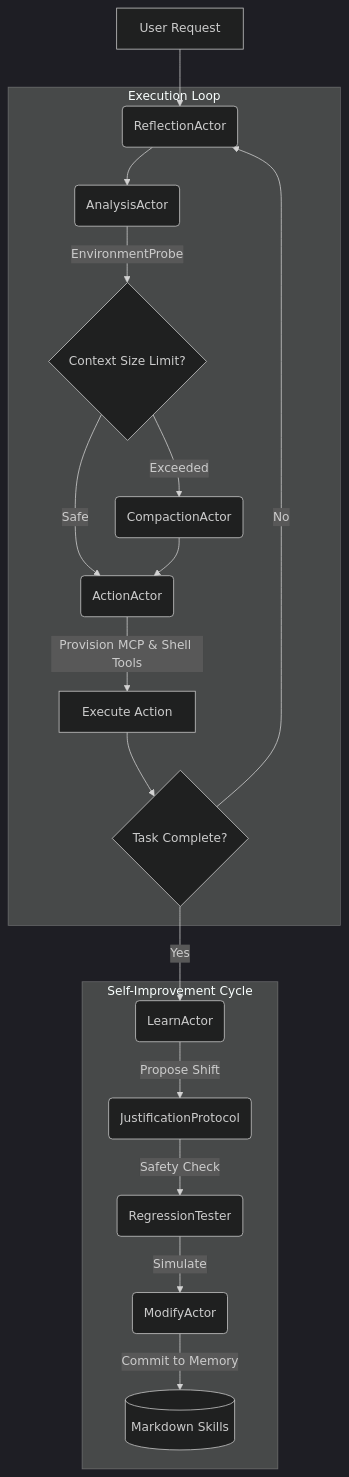
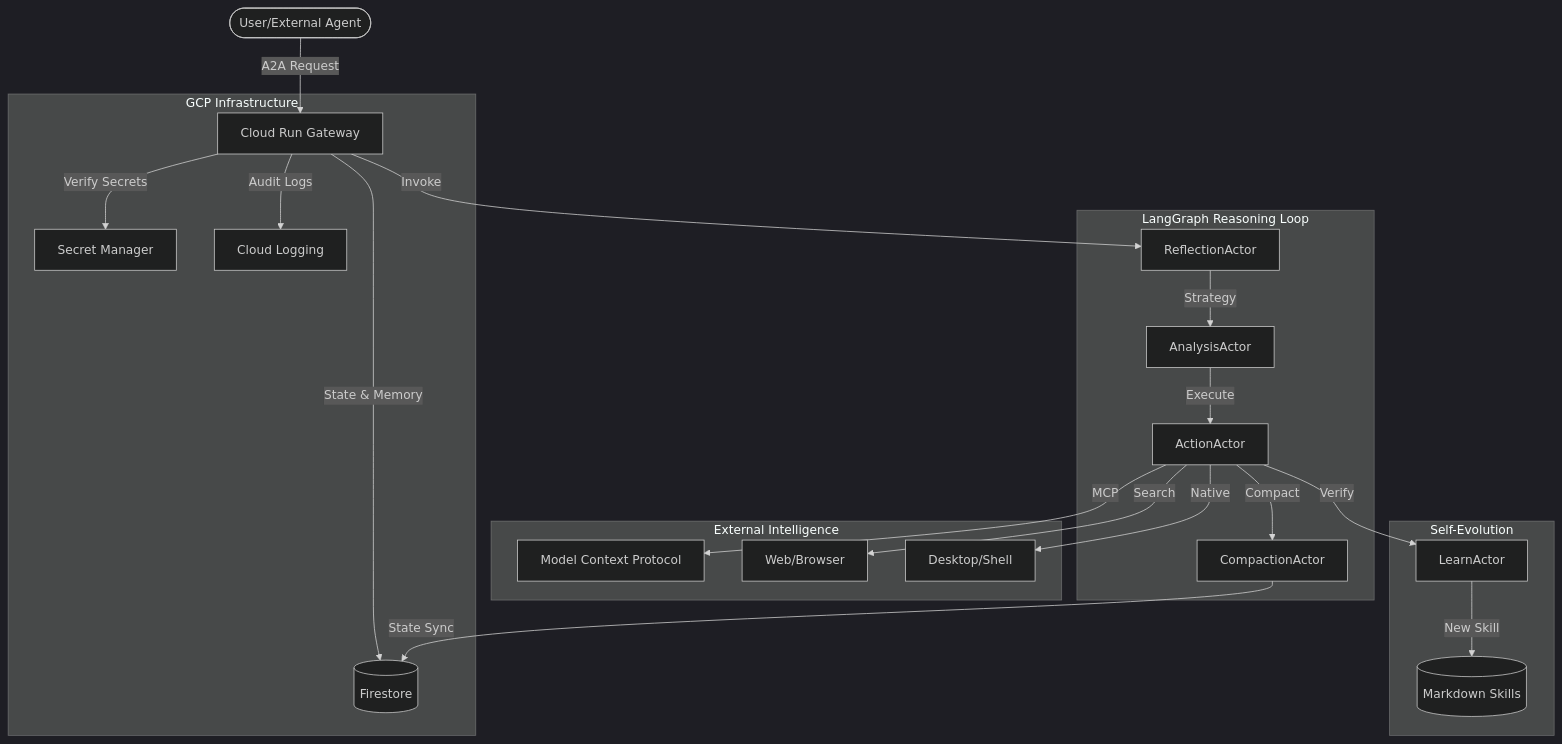
One commit to VectorZen217/MidpointX changed the diagram in README.md. Above: the diagram before and after it, drawn with Mermaid (dark theme). The commit also changed other lines of this file and 3 other files, not shown here.

Commit message:
docs: Overhaul README and CAPABILITIES for GCP-ready Sovereign Cloud Gateway rebranding

````diff
--- a/README.md
+++ b/README.md
@@ -17,23 +17,29 @@
 ```mermaid
 graph TD
-    A[User Request] --> B(ReflectionActor)
-    B --> C(AnalysisActor)
+    User([User/External Agent]) -->|A2A Request| Gateway[Cloud Run Gateway]
     
-    subgraph Execution Loop
-        C -->|EnvironmentProbe| D{Context Size Limit?}
-        D -- Exceeded --> E(CompactionActor)
-        D -- Safe --> F(ActionActor)
-        E --> F
-        F -->|Provision MCP & Shell Tools| G[Execute Action]
-        G --> H{Task Complete?}
-        H -- No --> B
+    subgraph GCP Infrastructure
+        Gateway -->|Verify Secrets| SM[Secret Manager]
+        Gateway -->|Audit Logs| CL[Cloud Logging]
+        Gateway -->|State & Memory| FS[(Firestore)]
+    end
+
+    subgraph LangGraph Reasoning Loop
+        Gateway -->|Invoke| Reflect[ReflectionActor]
+        Reflect -->|Strategy| Analyze[AnalysisActor]
+        Analyze -->|Execute| Action[ActionActor]
+        Action -->|Compact| Compact[CompactionActor]
+        Compact -->|State Sync| FS
+    end
+
+    subgraph External Intelligence
+        Action -->|MCP| Tools[Model Context Protocol]
+        Action -->|Search| Web[Web/Browser]
+        Action -->|Native| OS[Desktop/Shell]
     end
     
-    subgraph Self-Improvement Cycle
-        H -- Yes --> I(LearnActor)
-        I -->|Propose Shift| J(JustificationProtocol)
-        J -->|Safety Check| K(RegressionTester)
-        K -->|Simulate| L(ModifyActor)
-        L -->|Commit to Memory| M[(Markdown Skills)]
+    subgraph Self-Evolution
+        Action -->|Verify| Learn[LearnActor]
+        Learn -->|New Skill| Memory[(Markdown Skills)]
     end
 ```
````
